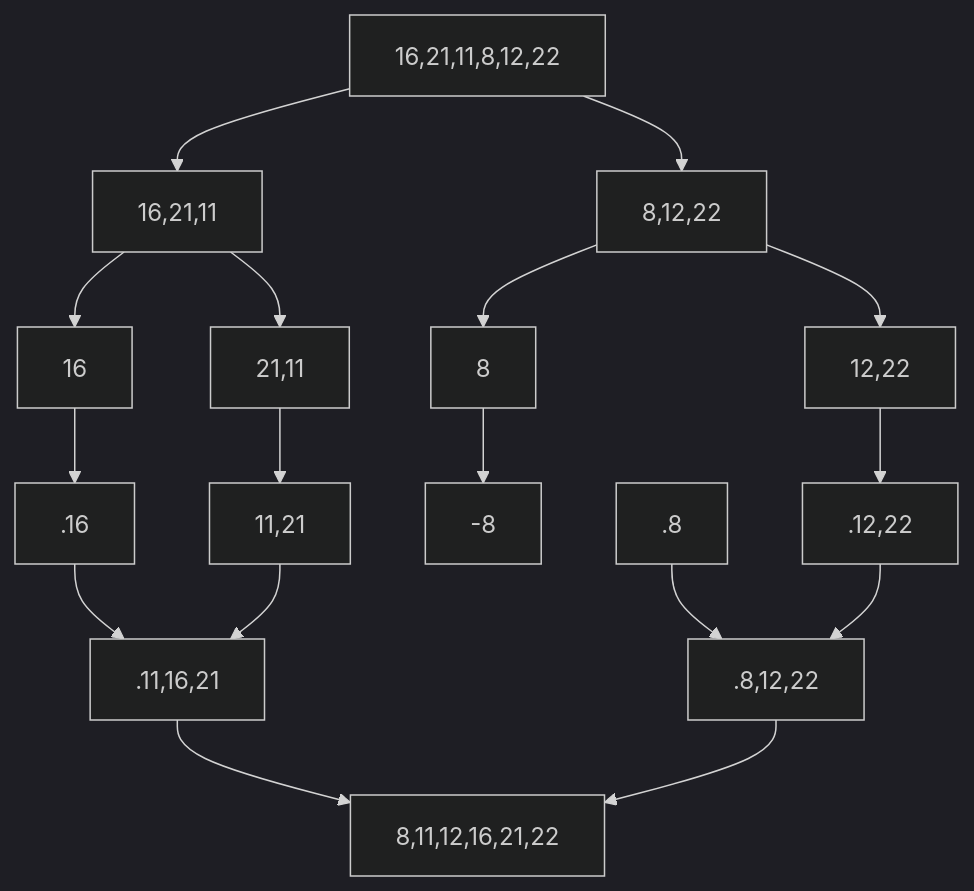
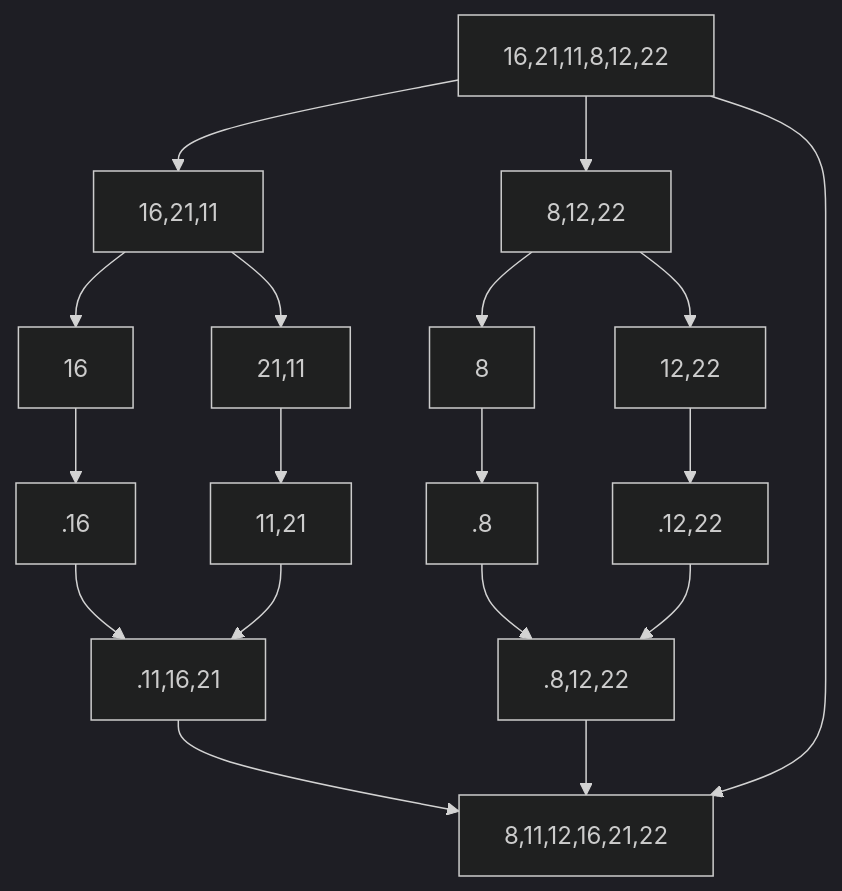
One commit to demirkolorg/Merge-Sort changed the diagram in README.md. Above: the diagram before and after it, drawn with Mermaid (dark theme).

````diff
--- a/README.md
+++ b/README.md
@@ -15,23 +15,26 @@
 ```mermaid
   graph TD;
       16,21,11,8,12,22-->8,12,22;
       16,21,11,8,12,22-->16,21,11;
 
       8,12,22-->8;
       8,12,22-->12,22;
 
       16,21,11-->16;
       16,21,11-->21,11;
       
       21,11-->11,21;
       16-->.16;
-      8-->-8;
+      8-->.8;
       12,22-->.12,22;
       .8-->.8,12,22;
       .12,22-->.8,12,22;
       .16-->.11,16,21;
        11,21-->.11,16,21;
       .11,16,21-->8,11,12,16,21,22;
       .8,12,22-->8,11,12,16,21,22;
+      16,21,11,8,12,22-->8,11,12,16,21,22;
+
+
     
 ```
````
